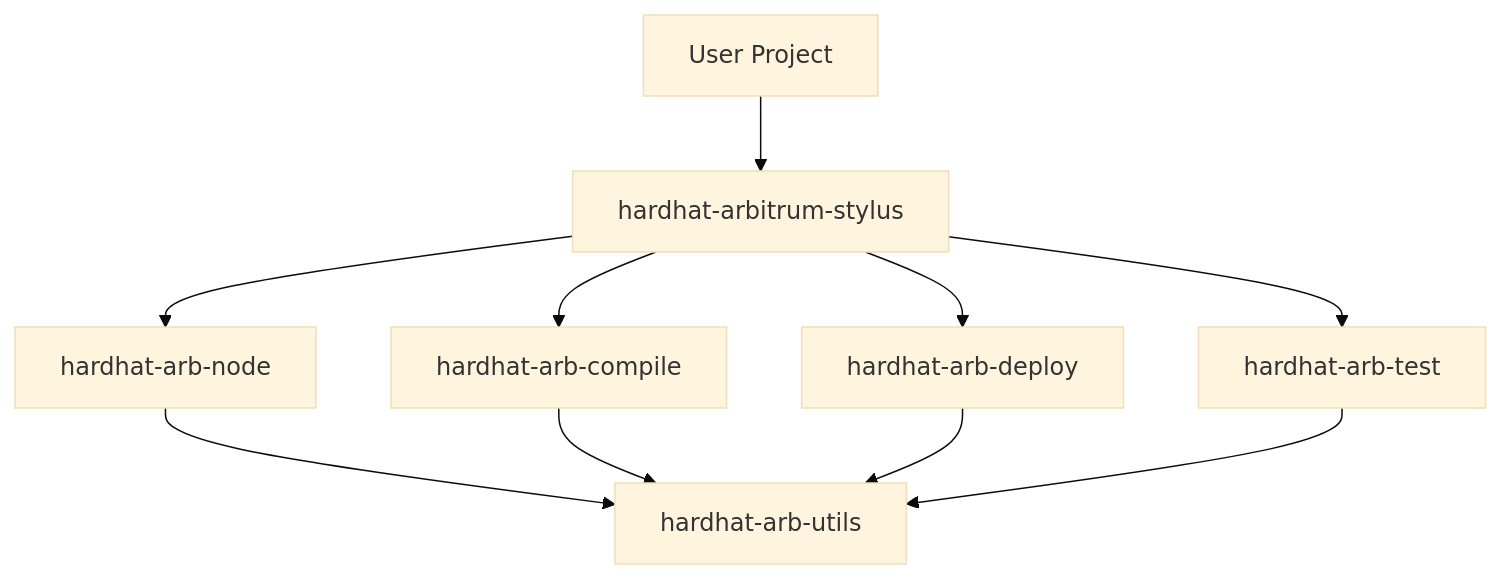
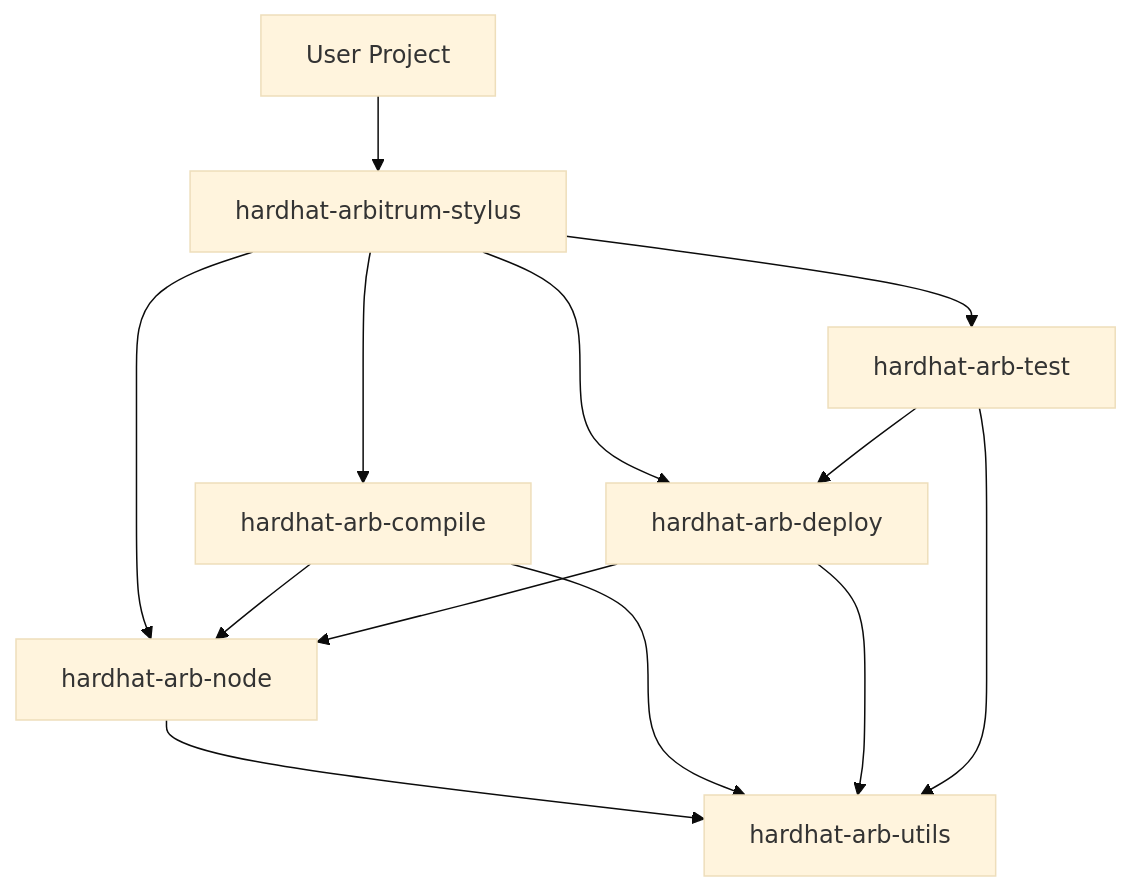
One commit to CoBuilders-xyz/hardhat-arbitrum-stylus changed the diagram in docs/src/contributors/deep-dive/packages.md. Above: the diagram before and after it, drawn with Mermaid (base theme). The commit also changed 16 other files, not shown here.

````diff
--- a/docs/src/contributors/deep-dive/packages.md
+++ b/docs/src/contributors/deep-dive/packages.md
@@ -5,12 +5,15 @@
 ```mermaid
 graph TD
     User[User Project] --> Toolbox[hardhat-arbitrum-stylus]
     Toolbox --> Node[hardhat-arb-node]
     Toolbox --> Compile[hardhat-arb-compile]
     Toolbox --> Deploy[hardhat-arb-deploy]
     Toolbox --> Test[hardhat-arb-test]
     Node --> Utils[hardhat-arb-utils]
+    Compile --> Node
     Compile --> Utils
+    Deploy --> Node
     Deploy --> Utils
+    Test --> Deploy
     Test --> Utils
 ```
````
